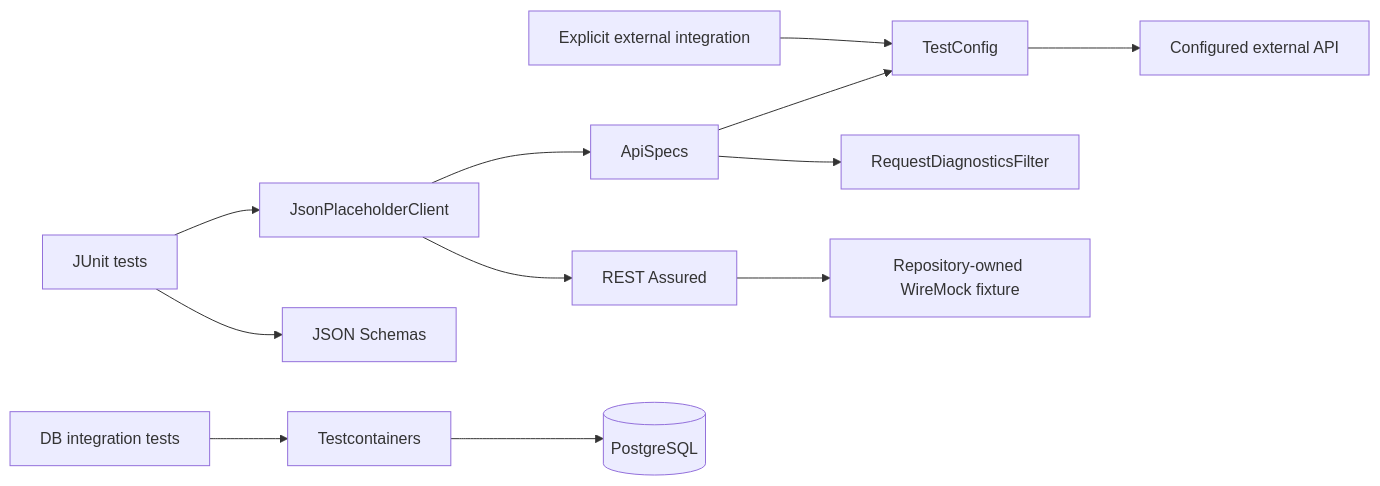
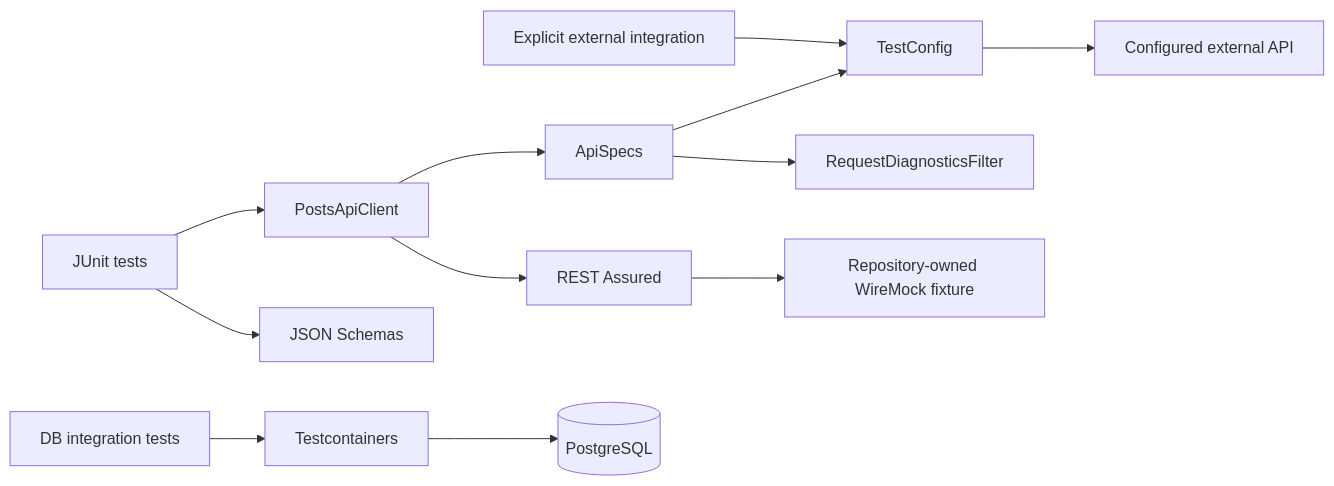
Before and after one commit to portyu9/qa-automation-java-restassured: the diagram in docs/ARCHITECTURE.md, drawn with Mermaid. The commit also changed other lines of this file and 5 other files, not shown here.

First line of the commit message:
Neutralize stale provider-specific API client terminology (#18)

````diff
--- a/docs/ARCHITECTURE.md
+++ b/docs/ARCHITECTURE.md
@@ -7,14 +7,14 @@
 ```mermaid
 flowchart LR
-    T[JUnit tests] --> C[JsonPlaceholderClient]
+    T[JUnit tests] --> C[PostsApiClient]
     C --> SPEC[ApiSpecs]
     SPEC --> CFG[TestConfig]
     SPEC --> F[RequestDiagnosticsFilter]
     C --> RA[REST Assured]
     RA --> WM[Repository-owned WireMock fixture]
     EXT[Explicit external integration] --> CFG
     CFG --> API[Configured external API]
     T --> S[JSON Schemas]
     DB[DB integration tests] --> TC[Testcontainers]
     TC --> PG[(PostgreSQL)]
 ```
````
